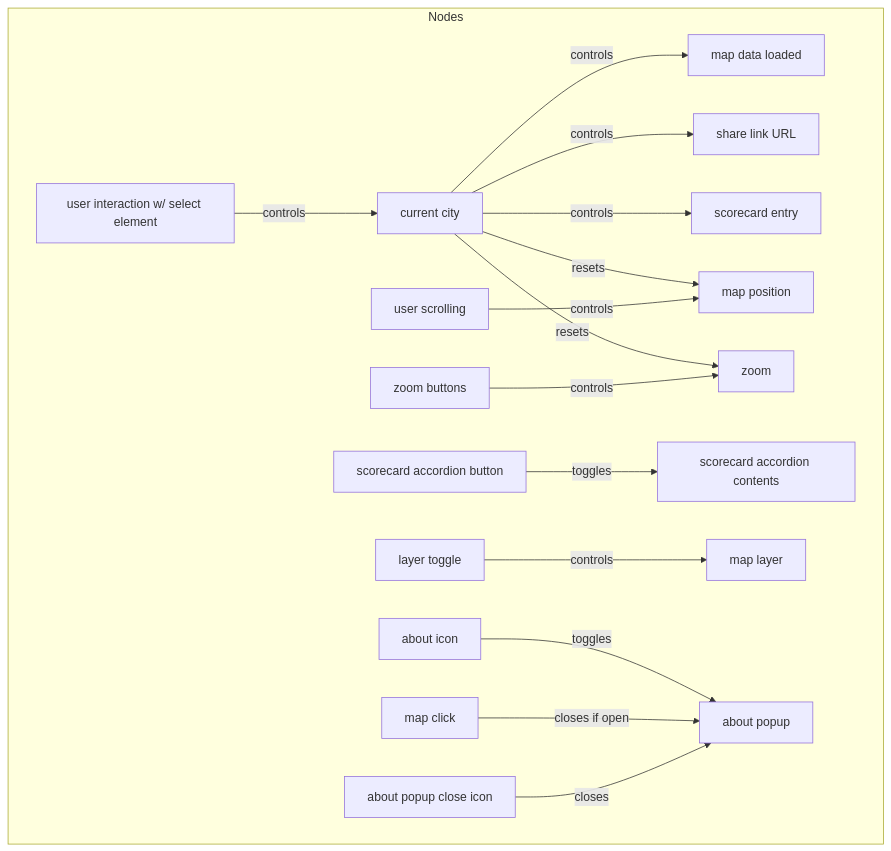
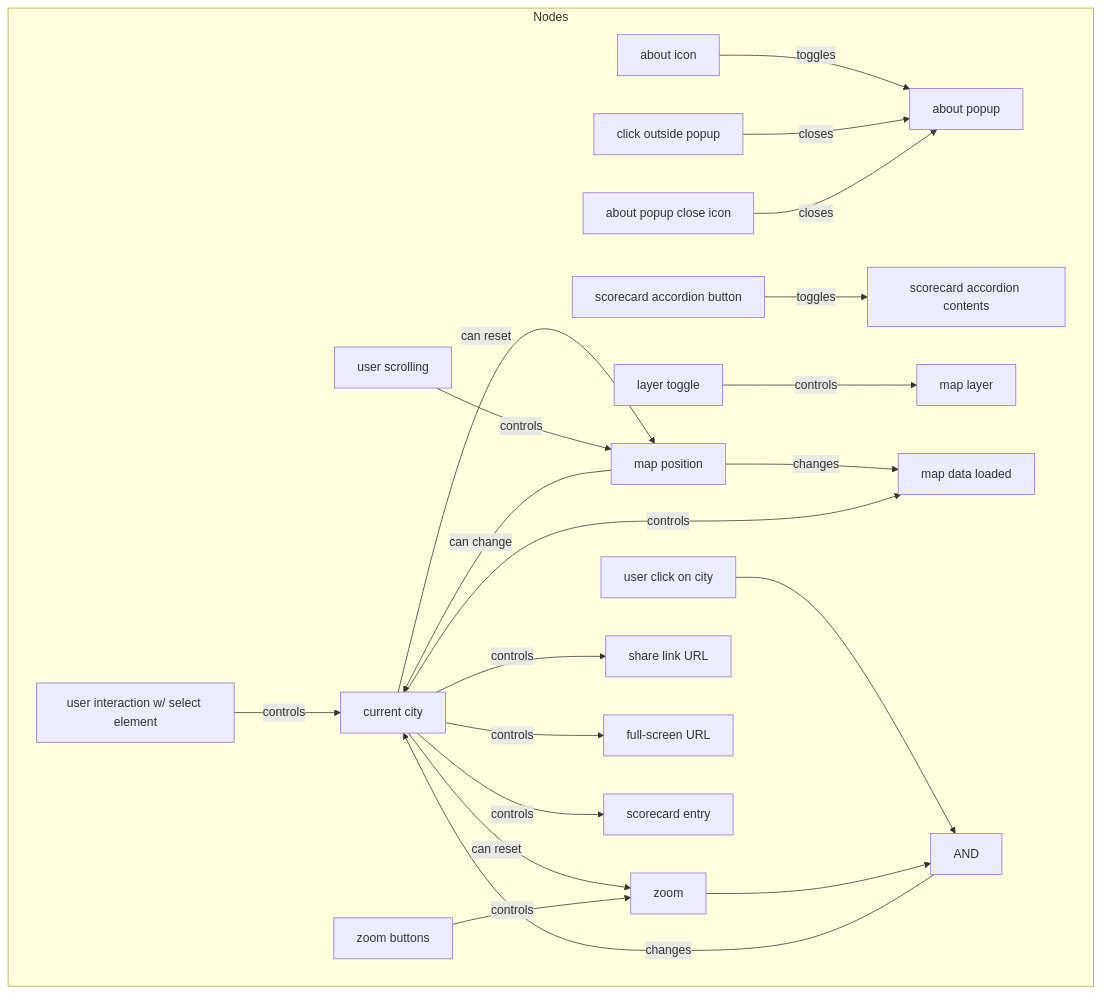
Before and after one commit to ParkingReformNetwork/parking-lot-map: the diagram in README.md, drawn with Mermaid. The commit also changed other lines of this file, not shown here.

Commit message:
Add state diagram for fullscreen icon & map changing what's loaded (#250)
I forgot two important features:

* The fullscreen icon uses the URL of the current city
* When scrolling around the map, we load all cities in view. If it's the
most-central city, we load it
* When zoomed in enough, clicking inside a city boundary chooses that
city and snaps the map to it

````diff
--- a/README.md
+++ b/README.md
@@ -143,37 +145,63 @@
 ```mermaid
 graph TD
     subgraph Nodes
         A[current city]
+        F[user interaction w/ select element]
+
+        C[share link URL]
+        S[full-screen URL]
+
         B[map data loaded]
-        C[share link URL]
         D[scorecard entry]
+
         E[map position]
-        F[user interaction w/ select element]
+        H[user scrolling]
+
+        T[user click on city]
+        U[AND]
+
         G[zoom]
-        H[user scrolling]
         R[zoom buttons]
+
         J[scorecard accordion button]
         K[scorecard accordion contents]
+
         L[layer toggle]
         M[map layer]
+
         N[about icon]
         O[about popup]
-        P[map click]
+        P[click outside popup]
         Q[about popup close icon]
     end
 
     %% Relationships
+    N -->|toggles| O
+    P -->|closes| O
+    Q -->|closes| O
+
+    J -->|toggles| K
+
+    L -->|controls| M
+
     F -->|controls| A
+
+    E -->|changes| B
+    E -->|can change| A
+
+    T --> U
+    G --> U
+    U --> |changes| A
+
+    A -->|controls| C
+    A -->|controls| S
+
     A -->|controls| B
-    A -->|controls| C
     A -->|controls| D
-    A -->|resets| E
-    A -->|resets| G
+
+    A -->|can reset| E
+    A -->|can reset| G
+
     H -->|controls| E
     R -->|controls| G
-    J -->|toggles| K
-    L -->|controls| M
-    N -->|toggles| O
-    P -->|closes if open| O
-    Q -->|closes| O
 ```
````
